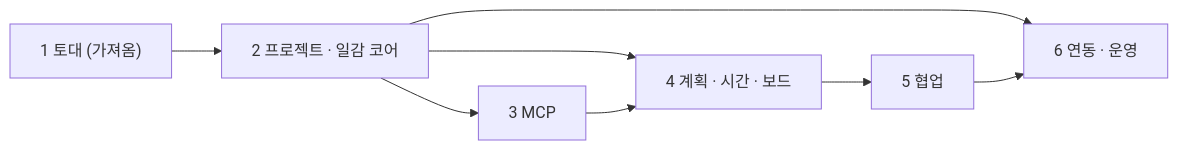
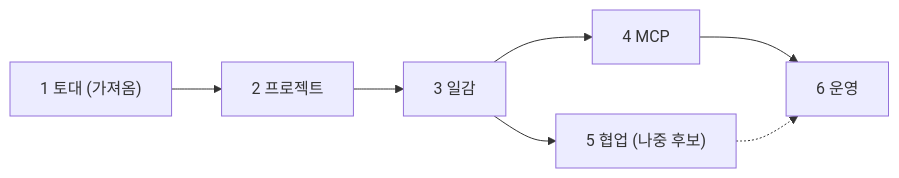
Before and after one commit to Gnori/moai-works: the diagram in docs/plan/01-roadmap.md, drawn with Mermaid. The commit also changed other lines of this file and 59 other files, not shown here.

````diff
--- a/docs/plan/01-roadmap.md
+++ b/docs/plan/01-roadmap.md
@@ -31,10 +32,9 @@
 ```mermaid
 flowchart LR
-    S1["1 토대 (가져옴)"] --> S2["2 프로젝트 · 일감 코어"]
-    S2 --> S3["3 MCP"]
-    S2 --> S4["4 계획 · 시간 · 보드"]
-    S3 --> S4
-    S4 --> S5["5 협업"]
-    S2 --> S6["6 연동 · 운영"]
-    S5 --> S6
+    S1["1 토대 (가져옴)"] --> S2["2 프로젝트"]
+    S2 --> S3["3 일감"]
+    S3 --> S4["4 MCP"]
+    S3 --> S5["5 협업 (나중 후보)"]
+    S4 --> S6["6 운영"]
+    S5 -.-> S6
 ```
````
